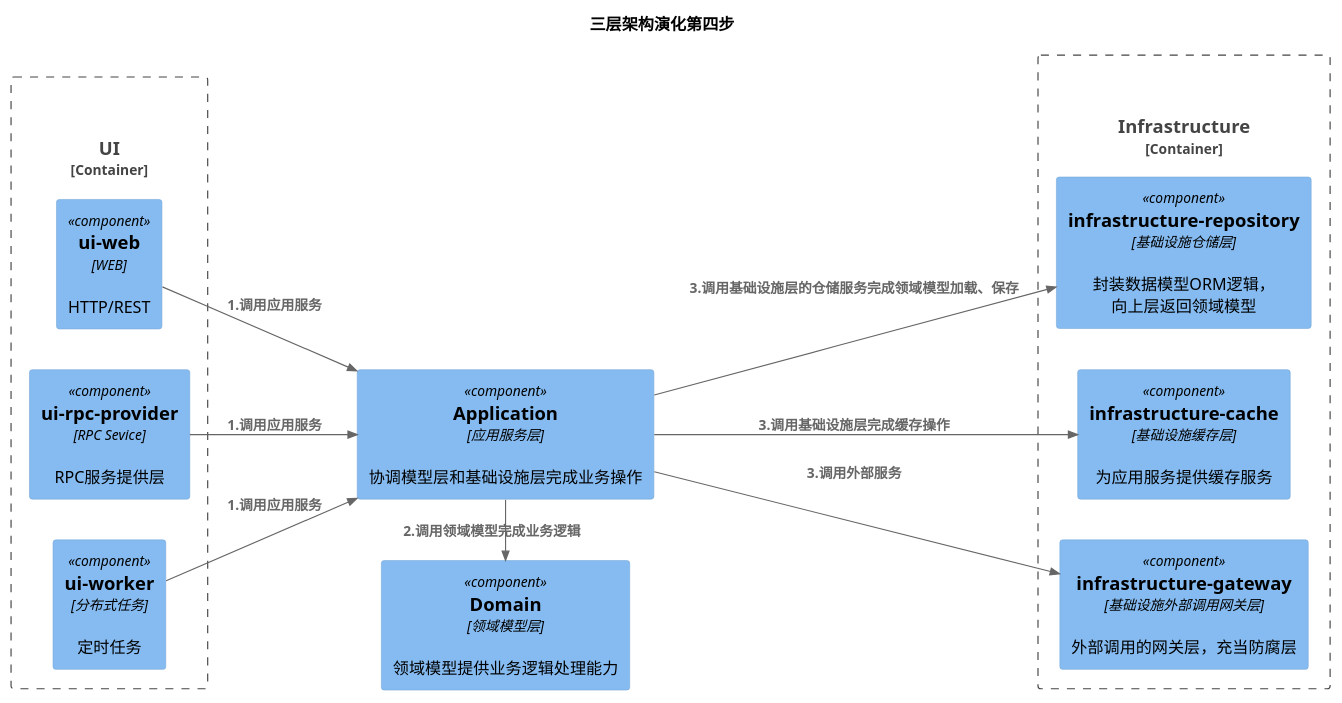
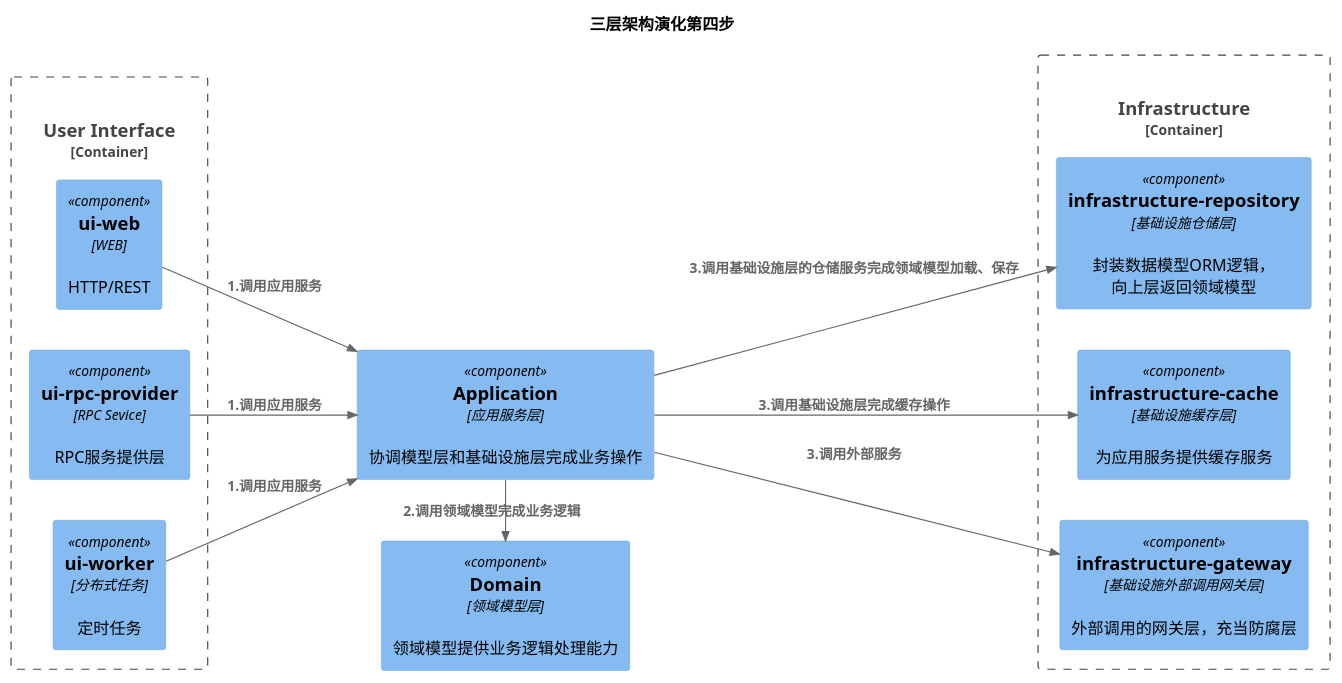
The diagram in plantuml/ct.004.puml (feiniaojin/Thinking-in-DDD), drawn with PlantUML before and after one commit. The commit also changed 23 other files, not shown here.

```diff
--- a/plantuml/ct.004.puml
+++ b/plantuml/ct.004.puml
@@ -1,35 +1,35 @@
 @startuml
 
 !include https://gitee.com/igingo/C4-PlantUML/raw/master/C4_Context.puml
 !include https://gitee.com/igingo/C4-PlantUML/raw/master/C4_Container.puml
 !include https://gitee.com/igingo/C4-PlantUML/raw/master/C4_Component.puml
 
 title "三层架构演化第四步"
 
-Container_Boundary(C_ui, "UI", "user interface","用户接口层"){
+Container_Boundary(C_ui, "User Interface"){
     Component(C_ui_web, "ui-web", "WEB","HTTP/REST")
     Component(C_ui_rpc_provider, "ui-rpc-provider", "RPC Sevice","RPC服务提供层")
     Component(C_ui_worker, "ui-worker", "分布式任务","定时任务")
 }
 
 Component(C_application, "Application","应用服务层", "协调模型层和基础设施层完成业务操作")
 Component(C_domain, "Domain","领域模型层", "领域模型提供业务逻辑处理能力")
-Container_Boundary(C_infrastructure, "Infrastructure","基础设施层", "基础设施层，向上提供各种支持"){
+Container_Boundary(C_infrastructure, "Infrastructure"){
     Component(C_infrastructure_repository, "infrastructure-repository","基础设施仓储层", "封装数据模型ORM逻辑，向上层返回领域模型")
     Component(C_infrastructure_cache, "infrastructure-cache","基础设施缓存层", "为应用服务提供缓存服务")
     Component(C_infrastructure_gateway, "infrastructure-gateway","基础设施外部调用网关层", "外部调用的网关层，充当防腐层")
 }
 
 Rel(C_ui_web, C_application, "1.调用应用服务")
 Rel(C_ui_rpc_provider, C_application, "1.调用应用服务")
 Rel(C_ui_worker, C_application, "1.调用应用服务")
 
 Rel_R(C_application, C_domain, "2.调用领域模型完成业务逻辑")
 
 Rel(C_application, C_infrastructure_repository, "3.调用基础设施层的仓储服务完成领域模型加载、保存")
 Rel(C_application, C_infrastructure_cache, "3.调用基础设施层完成缓存操作")
 Rel(C_application, C_infrastructure_gateway, "3.调用外部服务")
 
 left to right direction
 
 @enduml
```
